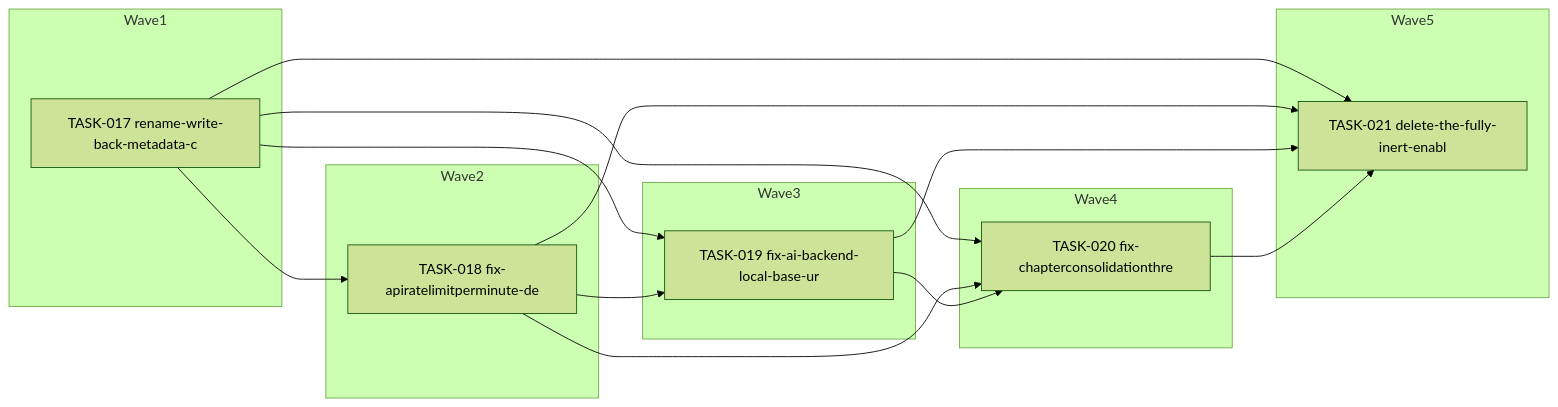
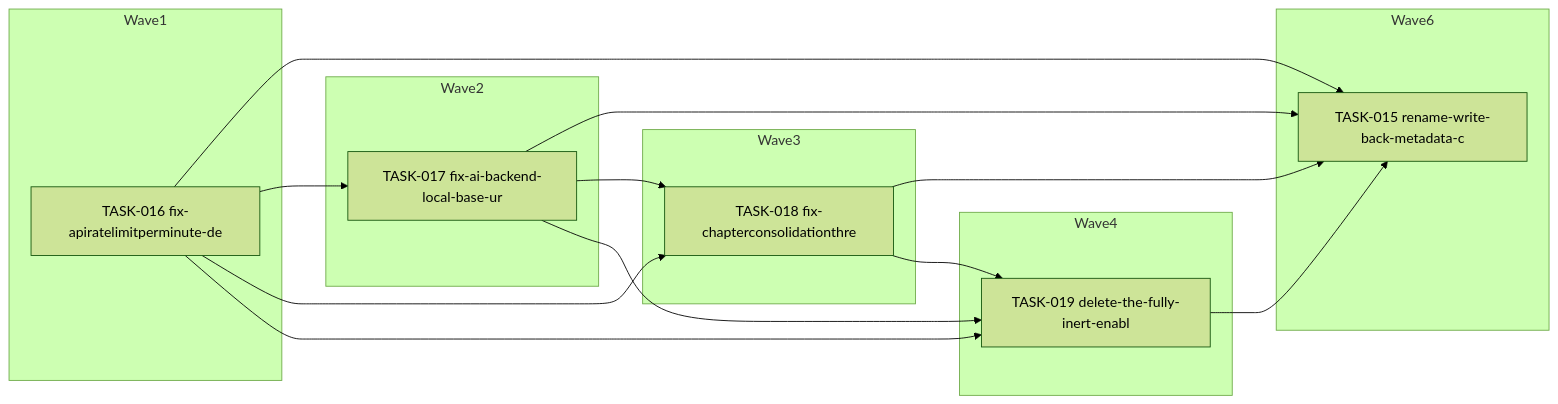
The diagram in docs/agent-tasks/todo-completion/config/orchestration.md (falkcorp/audiobook-organizer), drawn with Mermaid (forest theme) before and after one commit. The commit also changed other lines of this file and 428 other files, not shown here.

````diff
--- a/docs/agent-tasks/todo-completion/config/orchestration.md
+++ b/docs/agent-tasks/todo-completion/config/orchestration.md
@@ -12,28 +12,28 @@
 ```mermaid
 flowchart LR
     subgraph Wave1
-      TASK017[TASK-017 rename-write-back-metadata-c]
+      TASK016[TASK-016 fix-apiratelimitperminute-de]
     end
     subgraph Wave2
-      TASK018[TASK-018 fix-apiratelimitperminute-de]
+      TASK017[TASK-017 fix-ai-backend-local-base-ur]
     end
     subgraph Wave3
-      TASK019[TASK-019 fix-ai-backend-local-base-ur]
+      TASK018[TASK-018 fix-chapterconsolidationthre]
     end
     subgraph Wave4
-      TASK020[TASK-020 fix-chapterconsolidationthre]
+      TASK019[TASK-019 delete-the-fully-inert-enabl]
     end
-    subgraph Wave5
-      TASK021[TASK-021 delete-the-fully-inert-enabl]
+    subgraph Wave6
+      TASK015[TASK-015 rename-write-back-metadata-c]
     end
+    TASK016 --> TASK015
+    TASK016 --> TASK017
+    TASK016 --> TASK018
+    TASK016 --> TASK019
+    TASK017 --> TASK015
     TASK017 --> TASK018
     TASK017 --> TASK019
-    TASK017 --> TASK020
-    TASK017 --> TASK021
+    TASK018 --> TASK015
     TASK018 --> TASK019
-    TASK018 --> TASK020
-    TASK018 --> TASK021
-    TASK019 --> TASK020
-    TASK019 --> TASK021
-    TASK020 --> TASK021
+    TASK019 --> TASK015
 ```
````
